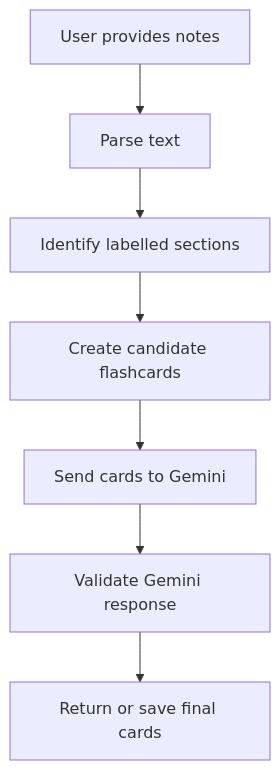
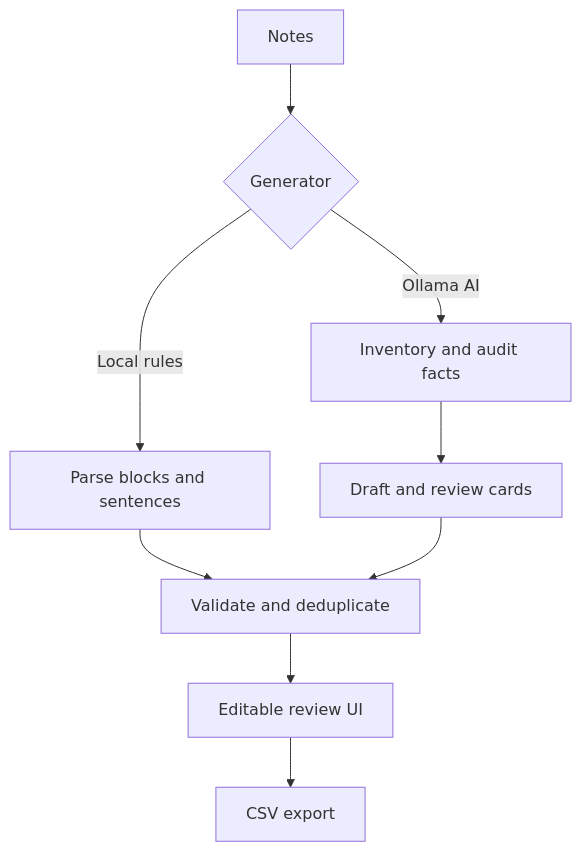
Before and after one commit to kevinhshen/Flashcard-Generator-AI: the diagram in docs/PROGRAM_MAP.md, drawn with Mermaid. The commit also changed other lines of this file and 14 other files, not shown here.

Commit message:
Replace Gemini with local Ollama generation

````diff
--- a/docs/PROGRAM_MAP.md
+++ b/docs/PROGRAM_MAP.md
@@ -10,9 +5,11 @@
 ```mermaid
 flowchart TD
-    A[User provides notes] --> B[Parse text]
-    B --> C[Identify labelled sections]
-    C --> D[Create candidate flashcards]
-    D --> E[Send cards to Gemini]
-    E --> F[Validate Gemini response]
-    F --> G[Return or save final cards]
+    A[Notes] --> B{Generator}
+    B -->|Local rules| C[Parse blocks and sentences]
+    B -->|Ollama AI| D[Inventory and audit facts]
+    D --> E[Draft and review cards]
+    C --> F[Validate and deduplicate]
+    E --> F
+    F --> G[Editable review UI]
+    G --> H[CSV export]
 ```
````
